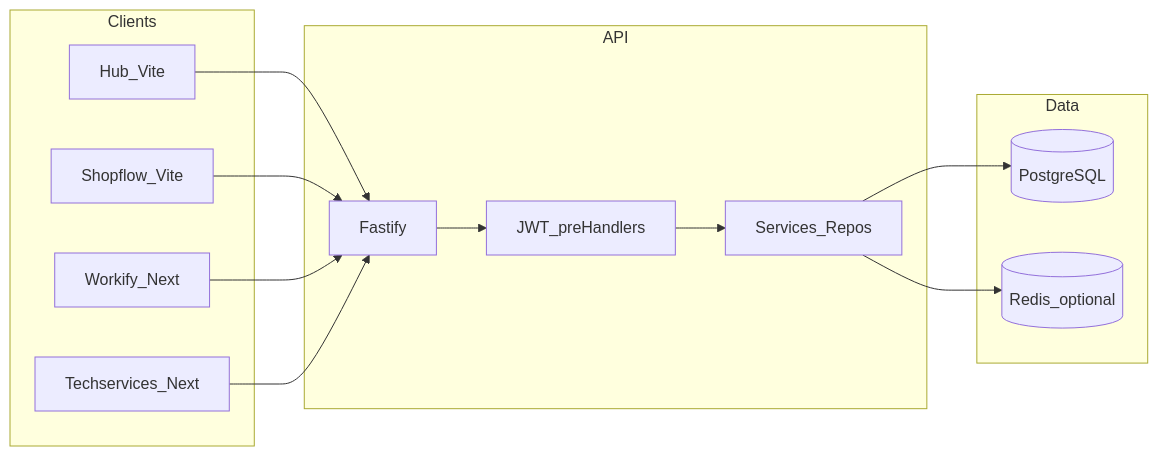
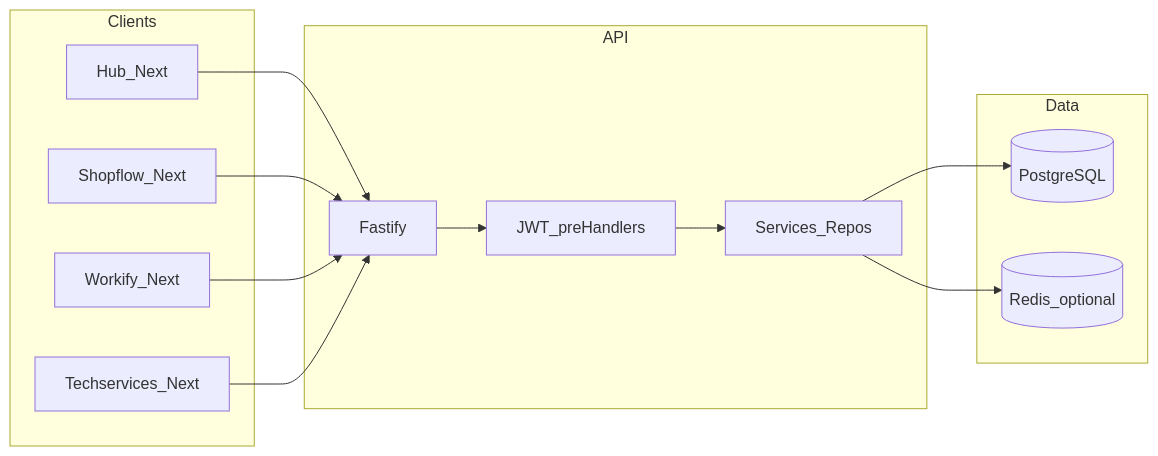
The first of 3 diagrams in docs/ENGINEERING_AUDIT_REPORT.md (andcast77/multisystem), drawn with Mermaid before and after one commit. The commit also changed other lines of this file and 7 other files, not shown here.

````diff
--- a/docs/ENGINEERING_AUDIT_REPORT.md
+++ b/docs/ENGINEERING_AUDIT_REPORT.md
@@ -45,26 +46,26 @@
 ```mermaid
 flowchart LR
   subgraph clients [Clients]
-    Hub[Hub_Vite]
-    Shop[Shopflow_Vite]
+    Hub[Hub_Next]
+    Shop[Shopflow_Next]
     Work[Workify_Next]
     Tech[Techservices_Next]
   end
   subgraph edge [API]
     Fastify[Fastify]
     Auth[JWT_preHandlers]
     Svc[Services_Repos]
   end
   subgraph data [Data]
     PG[(PostgreSQL)]
     Redis[(Redis_optional)]
   end
   Hub --> Fastify
   Shop --> Fastify
   Work --> Fastify
   Tech --> Fastify
   Fastify --> Auth
   Auth --> Svc
   Svc --> PG
   Svc --> Redis
 ```
````
